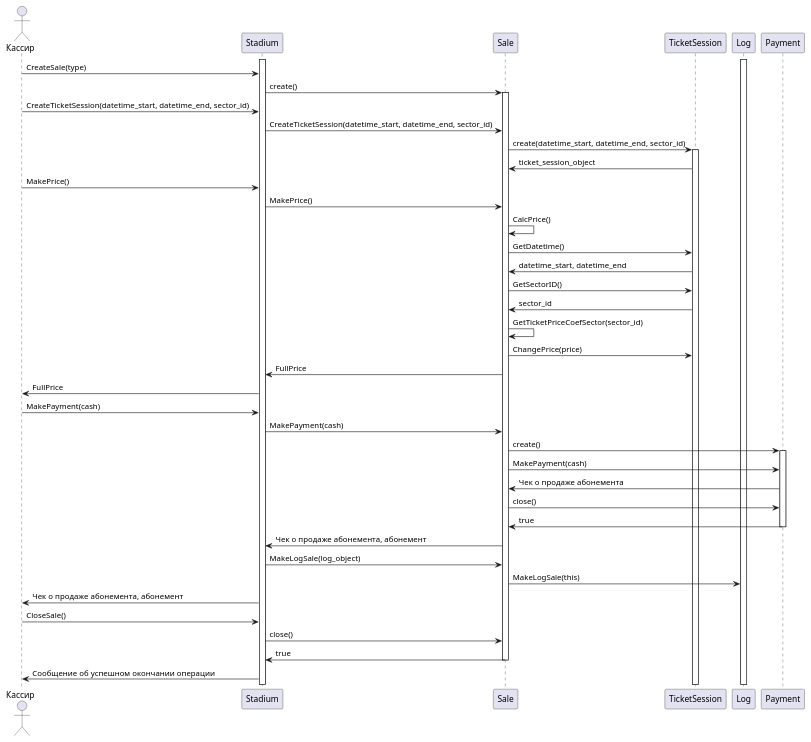
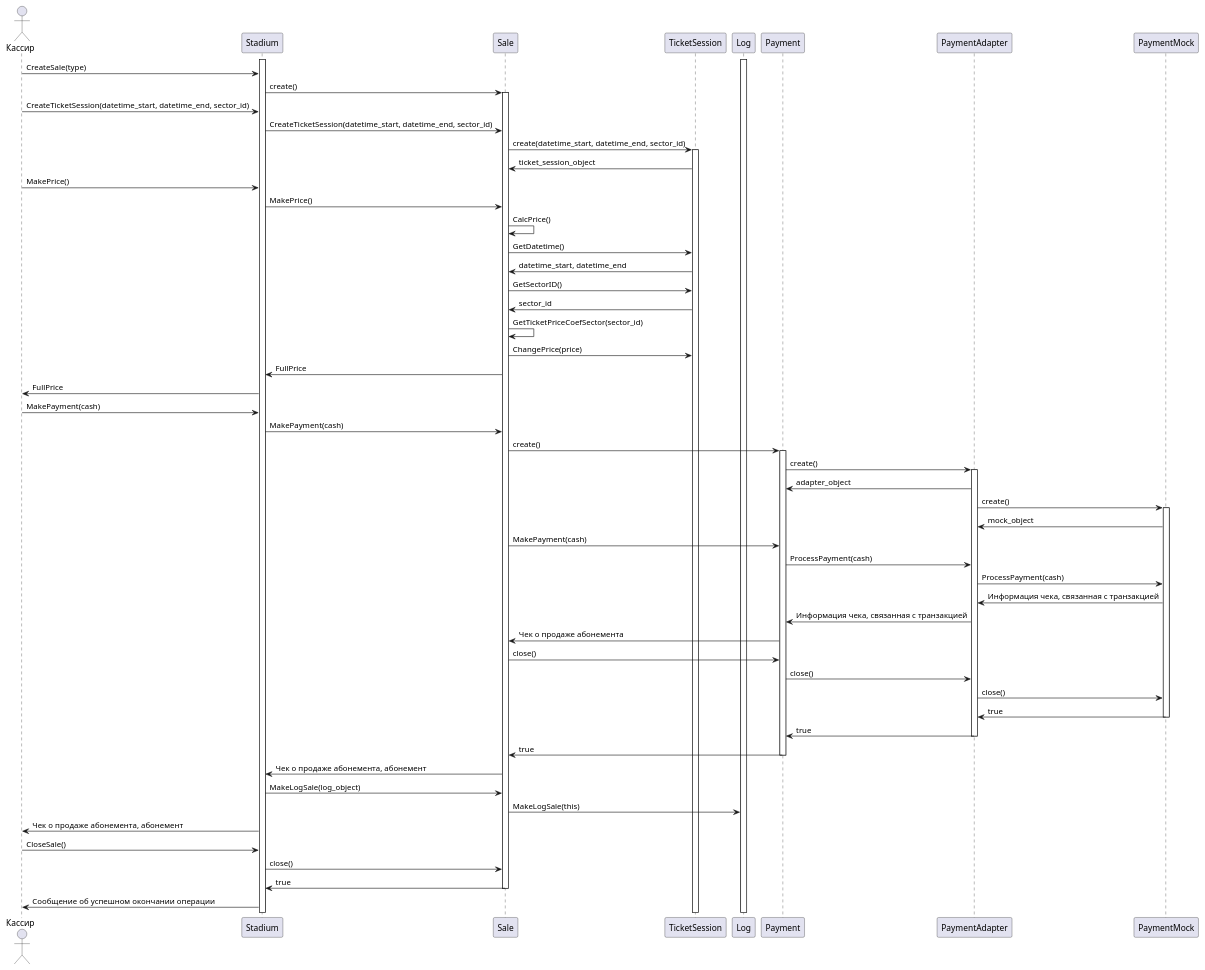
Before and after one commit to penamarth/bsbo-03-23_team4_var10_football: the diagram in Прецеденты/Диаграмма продажи абонемента.md, drawn with PlantUML. The commit also changed 3 other files, not shown here.

Commit message:
Реализация паттерна Адаптер в классе Payment + правка модели предметной области и диаграмм прецедентов продаж

```diff
--- a/Прецеденты/Диаграмма продажи абонемента.md
+++ b/Прецеденты/Диаграмма продажи абонемента.md
@@ -7,6 +7,8 @@
 participant TicketSession
 participant Log
 participant Payment
+participant PaymentAdapter
+participant PaymentMock
 
 activate Stadium
 activate Log
@@ -37,12 +39,31 @@
 
 Кассир -> Stadium : MakePayment(cash)
 Stadium -> Sale : MakePayment(cash)
+
 Sale -> Payment : create()
+activate Payment
+Payment -> PaymentAdapter : create()
+activate PaymentAdapter
 
-activate Payment
+Payment <- PaymentAdapter : adapter_object
+PaymentAdapter -> PaymentMock: create()
+activate PaymentMock
+PaymentAdapter <- PaymentMock : mock_object
+
 Sale -> Payment : MakePayment(cash)
+Payment -> PaymentAdapter : ProcessPayment(cash)
+PaymentAdapter -> PaymentMock : ProcessPayment(cash)
+PaymentAdapter <- PaymentMock : Информация чека, связанная с транзакцией
+Payment <- PaymentAdapter : Информация чека, связанная с транзакцией
+
 Sale <- Payment : Чек о продаже абонемента
 Sale -> Payment : close()
+Payment -> PaymentAdapter : close()
+PaymentAdapter -> PaymentMock : close()
+PaymentAdapter <- PaymentMock : true
+deactivate PaymentMock
+Payment <- PaymentAdapter : true
+deactivate PaymentAdapter
 Sale <- Payment : true
 deactivate Payment
 
```
